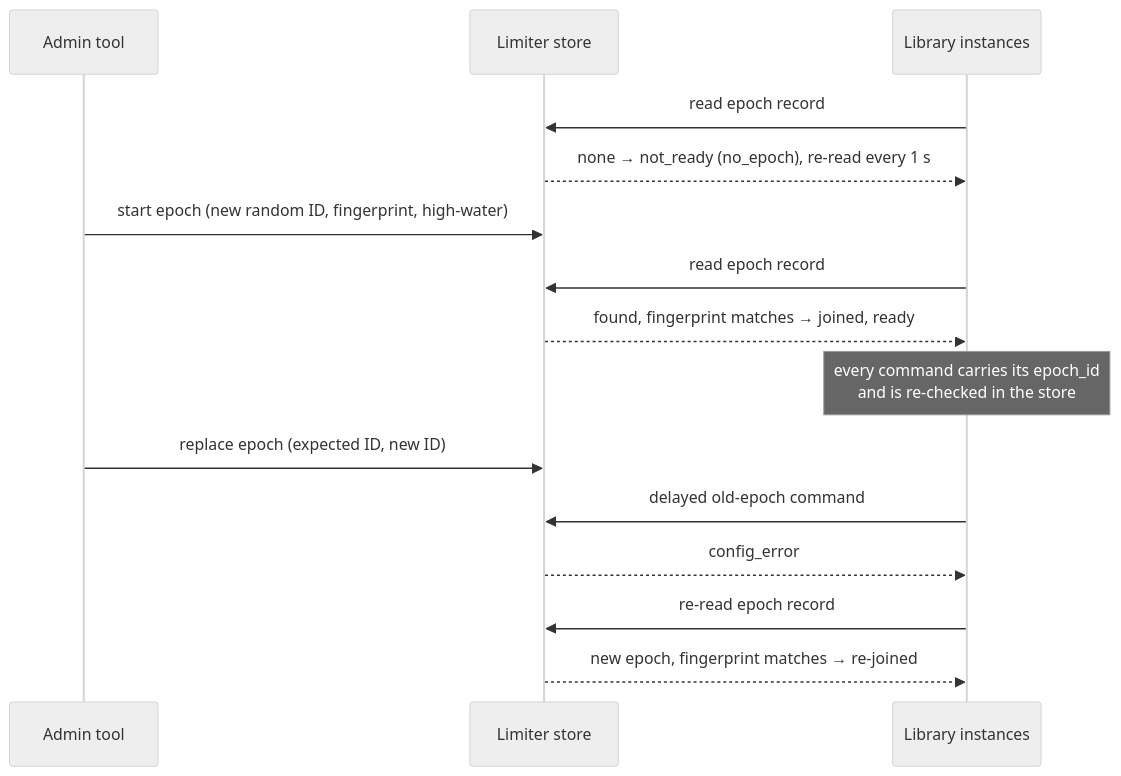
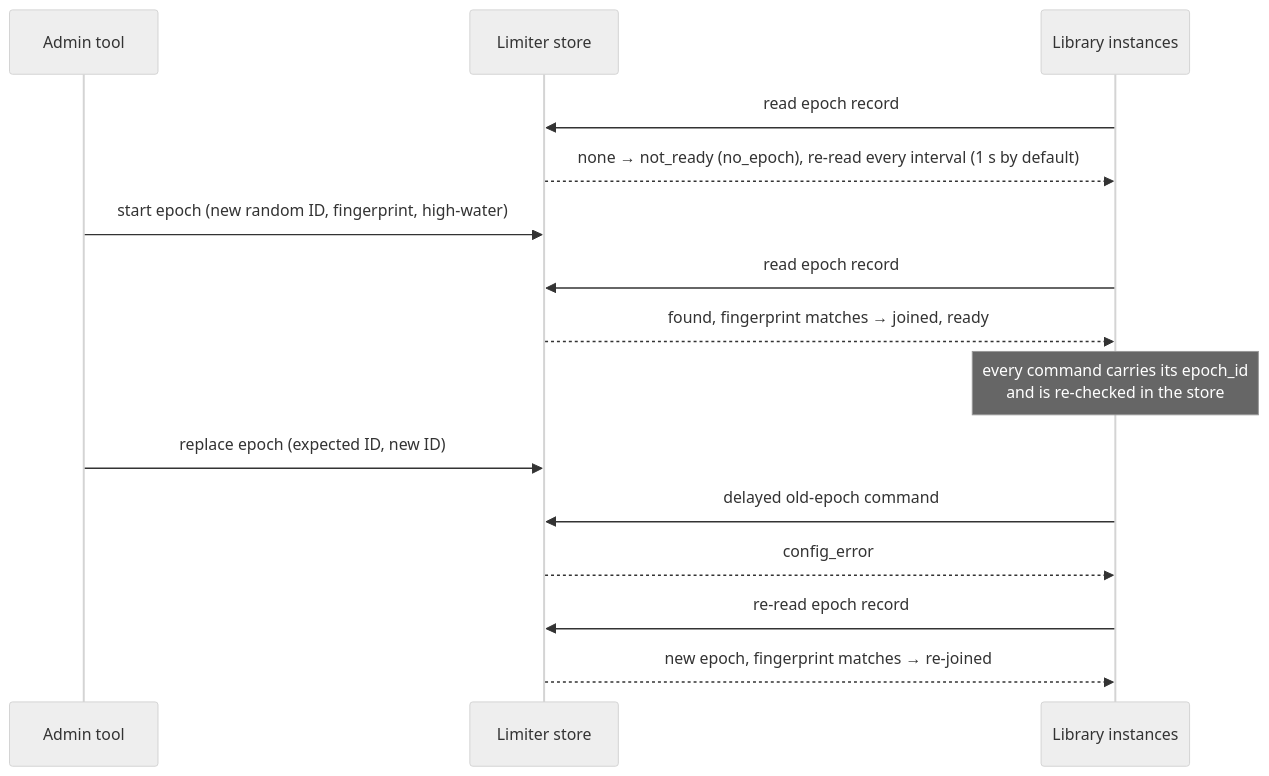
The eighth of 11 diagrams in ARCHITECTURE.md (srir84/ratelimiter), drawn with Mermaid (neutral theme) before and after one commit. The commit also changed other lines of this file and 29 other files, not shown here.

````diff
--- a/ARCHITECTURE.md
+++ b/ARCHITECTURE.md
@@ -379,17 +379,17 @@
 ```mermaid
 sequenceDiagram
   participant O as Admin tool
   participant S as Limiter store
   participant I as Library instances
   I->>S: read epoch record
-  S-->>I: none → not_ready (no_epoch), re-read every 1 s
+  S-->>I: none → not_ready (no_epoch), re-read every interval (1 s by default)
   O->>S: start epoch (new random ID, fingerprint, high-water)
   I->>S: read epoch record
   S-->>I: found, fingerprint matches → joined, ready
   Note over I: every command carries its epoch_id<br/>and is re-checked in the store
   O->>S: replace epoch (expected ID, new ID)
   I->>S: delayed old-epoch command
   S-->>I: config_error
   I->>S: re-read epoch record
   S-->>I: new epoch, fingerprint matches → re-joined
 ```
````
